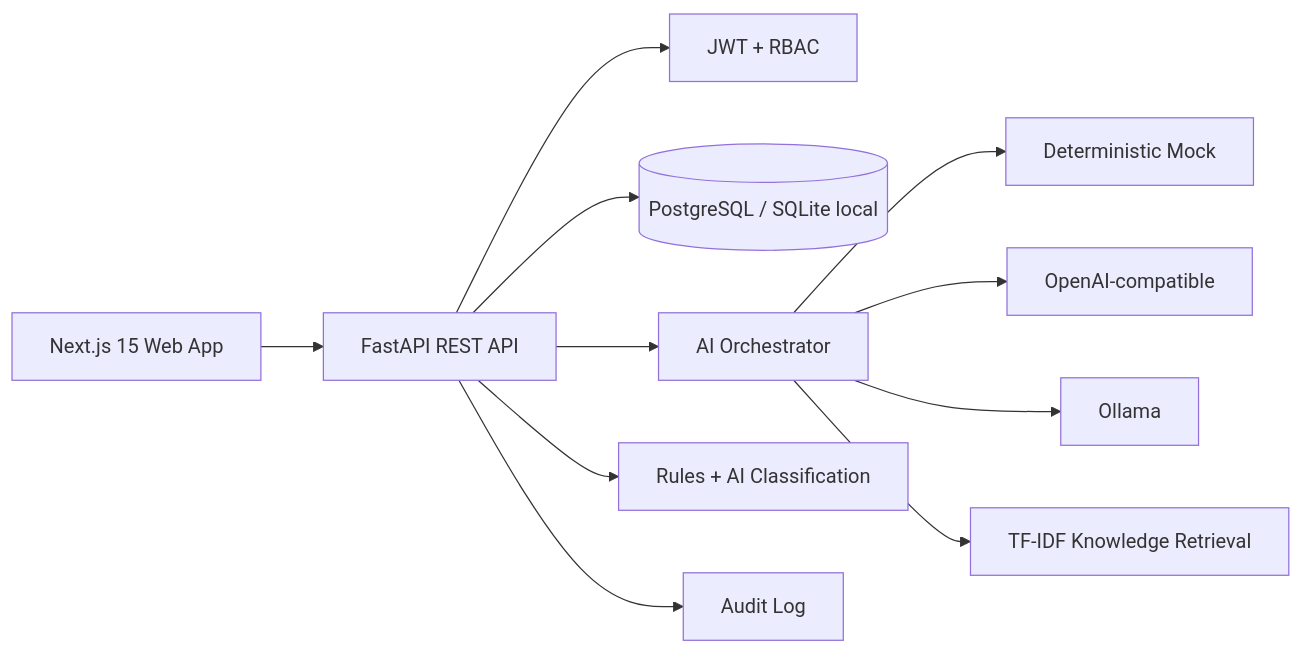
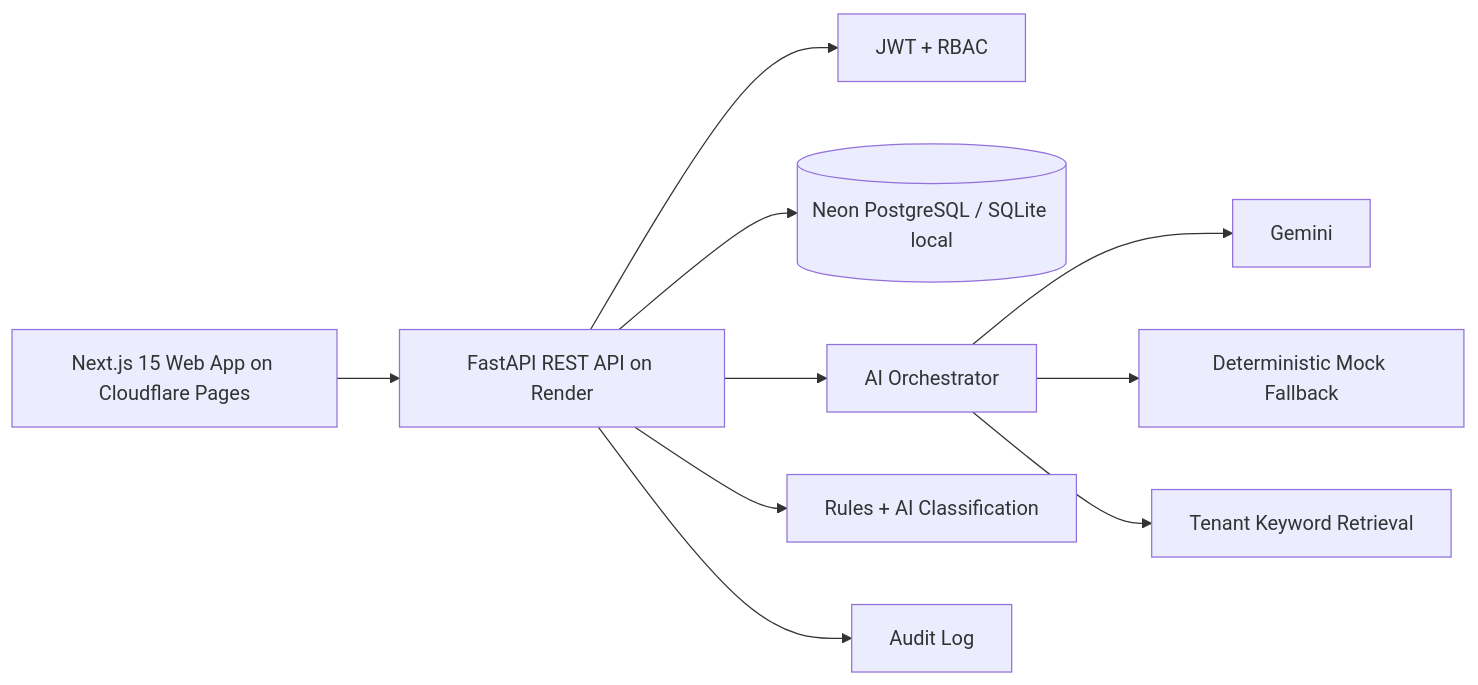
One commit to ANSHIKA1220/JustSync-AI changed the diagram in README.md. Above: the diagram before and after it, drawn with Mermaid. The commit also changed other lines of this file and 16 other files, not shown here.

Commit message:
Polish judge demo flow and local demo reliability

````diff
--- a/README.md
+++ b/README.md
@@ -48,13 +50,12 @@
 ```mermaid
 flowchart LR
-  Browser["Next.js 15 Web App"] --> API["FastAPI REST API"]
+  Browser["Next.js 15 Web App on Cloudflare Pages"] --> API["FastAPI REST API on Render"]
   API --> Auth["JWT + RBAC"]
-  API --> DB[("PostgreSQL / SQLite local")]
+  API --> DB[("Neon PostgreSQL / SQLite local")]
   API --> AI["AI Orchestrator"]
-  AI --> Mock["Deterministic Mock"]
-  AI --> OpenAI["OpenAI-compatible"]
-  AI --> Ollama["Ollama"]
-  AI --> RAG["TF-IDF Knowledge Retrieval"]
+  AI --> Gemini["Gemini"]
+  AI --> Mock["Deterministic Mock Fallback"]
+  AI --> Retrieval["Tenant Keyword Retrieval"]
   API --> Routing["Rules + AI Classification"]
   API --> Audit["Audit Log"]
 ```
````
